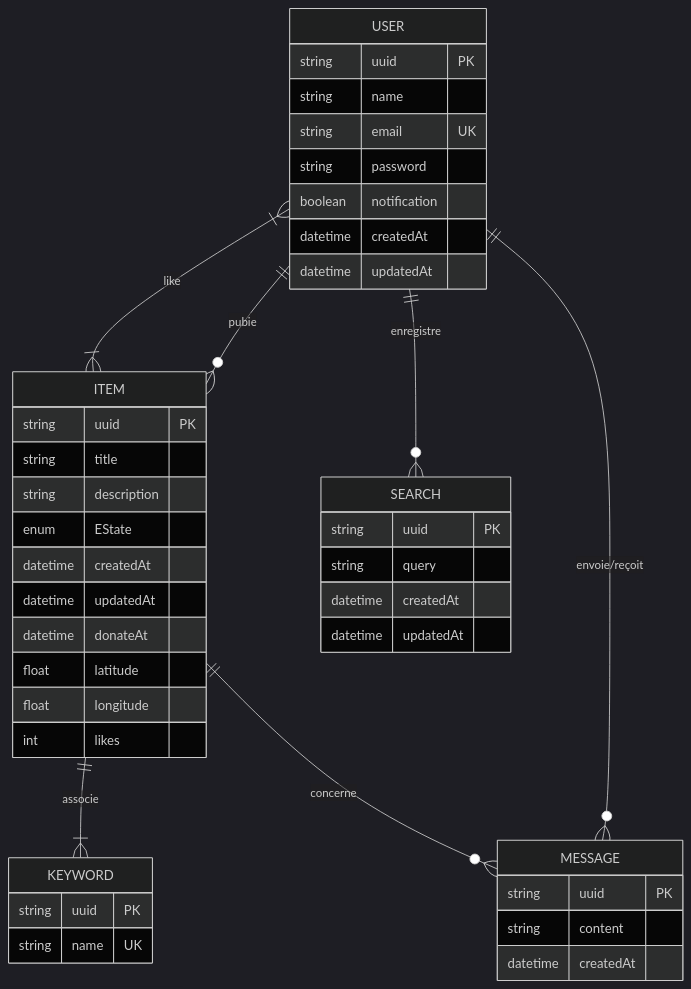
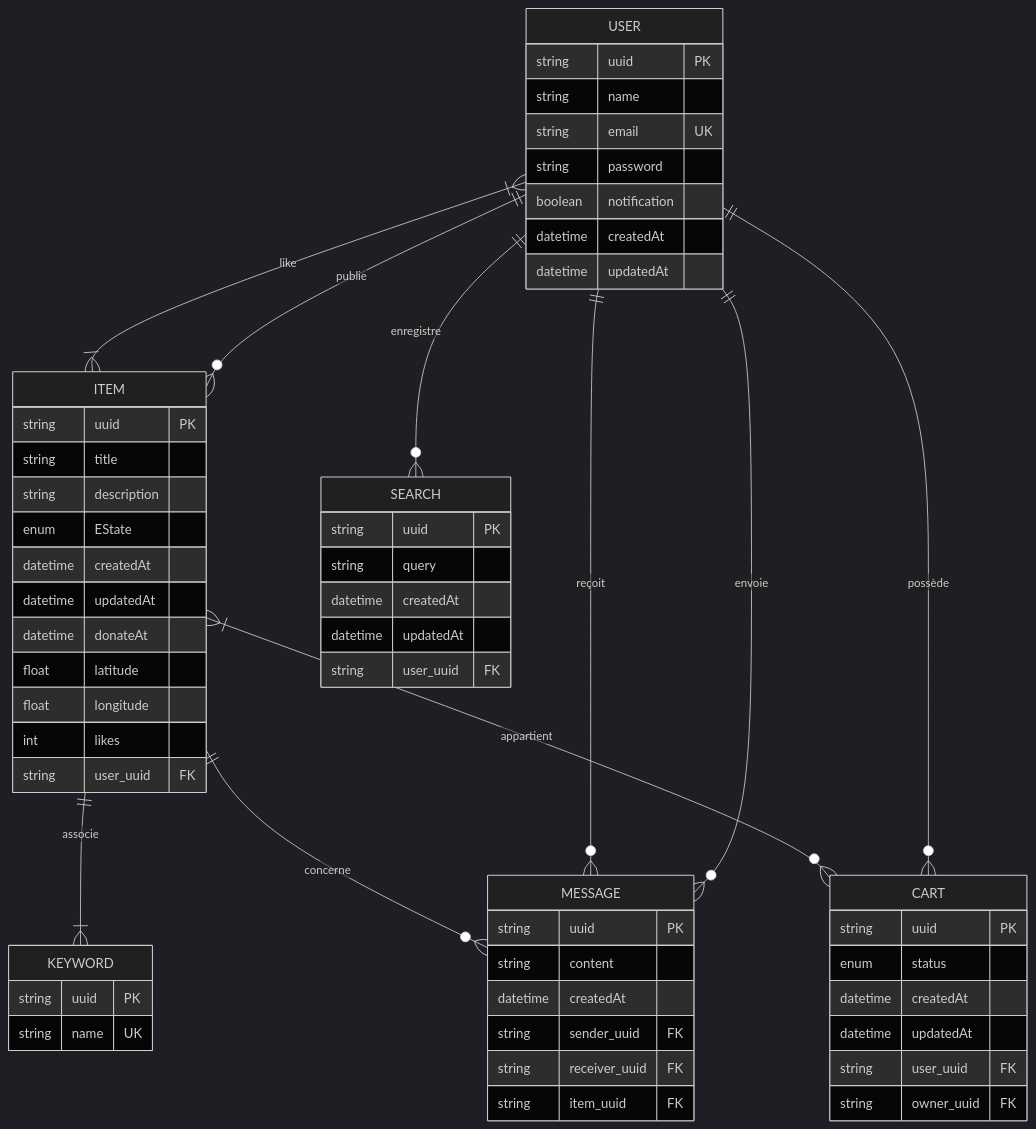
One commit to Paracetamol56/Regifted changed the diagram in Regifted.md. Above: the diagram before and after it, drawn with Mermaid (dark theme). The commit also changed other lines of this file, not shown here.

````diff
--- a/Regifted.md
+++ b/Regifted.md
@@ -19,51 +19,68 @@
 ```mermaid
 erDiagram
-    USER ||--o{ ITEM : "pubie"
+    USER ||--o{ ITEM : "publie"
     USER ||--o{ SEARCH : "enregistre"
-    USER ||--o{ MESSAGE : "envoie/reçoit"
+    USER ||--o{ MESSAGE : "envoie"
+    USER ||--o{ MESSAGE : "reçoit"
     USER }|--|{ ITEM : "like"
+    USER ||--o{ CART : "possède"
 
     ITEM ||--|{ KEYWORD : "associe"
     ITEM ||--o{ MESSAGE : "concerne"
+    ITEM }|--o{ CART : "appartient"
 
     USER {
         string uuid PK
         string name
         string email UK
         string password
         boolean notification
         datetime createdAt
         datetime updatedAt
     }
 
     ITEM {
         string uuid PK
         string title
         string description
         enum EState
         datetime createdAt
         datetime updatedAt
         datetime donateAt
         float latitude
         float longitude
         int likes
+        string user_uuid FK
     }
 
     KEYWORD {
         string uuid PK
         string name UK
     }
 
     MESSAGE {
         string uuid PK
         string content
         datetime createdAt
+        string sender_uuid FK
+        string receiver_uuid FK
+        string item_uuid FK
     }
 
     SEARCH {
         string uuid PK
         string query
         datetime createdAt
         datetime updatedAt
+        string user_uuid FK
+    }
+
+    CART {
+        string uuid PK
+        enum status
+        datetime createdAt
+        datetime updatedAt
+        string user_uuid FK
+        string owner_uuid FK
     }
 ```
````
